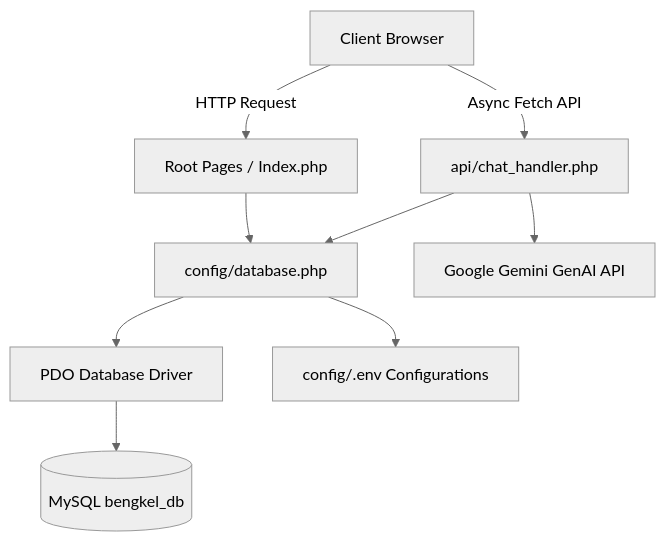
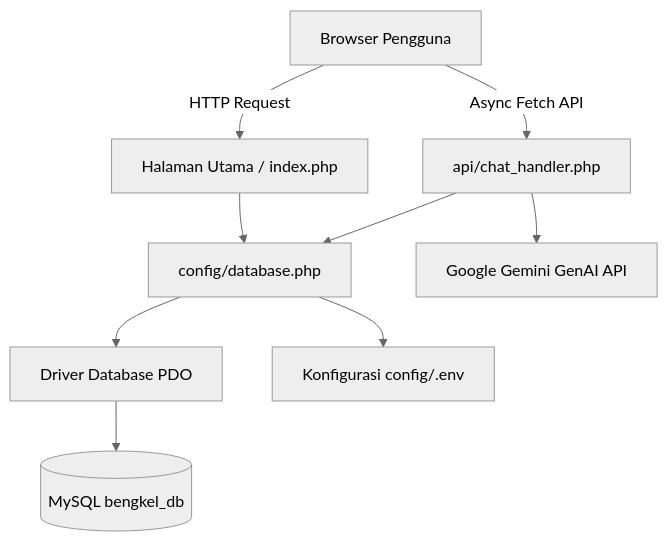
The diagram in PROJECT_STRUCTURE.md (AnggiAdnanFauzi/InfoMotive), drawn with Mermaid (neutral theme) before and after one commit. The commit also changed other lines of this file and 1 other file, not shown here.

````diff
--- a/PROJECT_STRUCTURE.md
+++ b/PROJECT_STRUCTURE.md
@@ -9,13 +9,13 @@
 ```mermaid
 graph TD
-    Client[Client Browser] -->|HTTP Request| Router[Root Pages / Index.php]
+    Client[Browser Pengguna] -->|HTTP Request| Router[Halaman Utama / index.php]
     Client -->|Async Fetch API| API[api/chat_handler.php]
     
     Router --> Config[config/database.php]
     API --> Config
     API --> GenAI[Google Gemini GenAI API]
     
-    Config --> PDO[PDO Database Driver]
-    Config --> Env[config/.env Configurations]
+    Config --> PDO[Driver Database PDO]
+    Config --> Env[Konfigurasi config/.env]
     PDO --> MySQL[(MySQL bengkel_db)]
 ```
````
